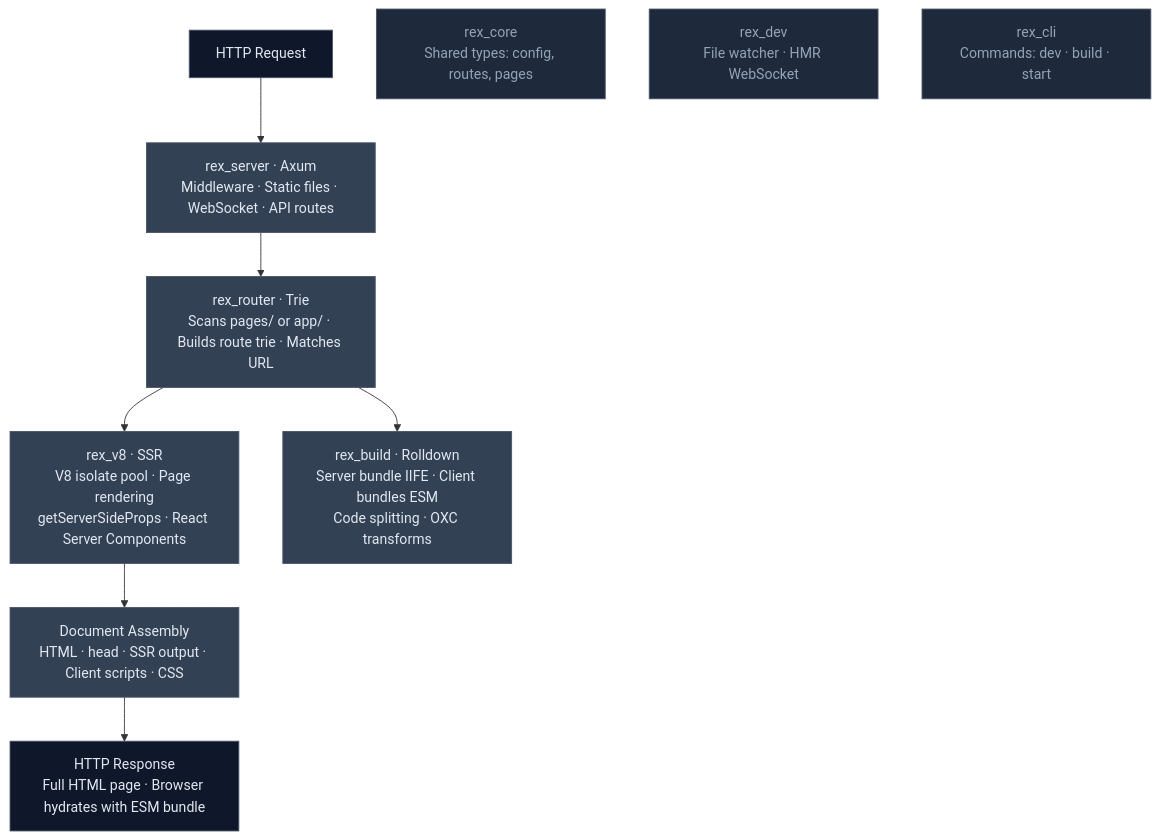
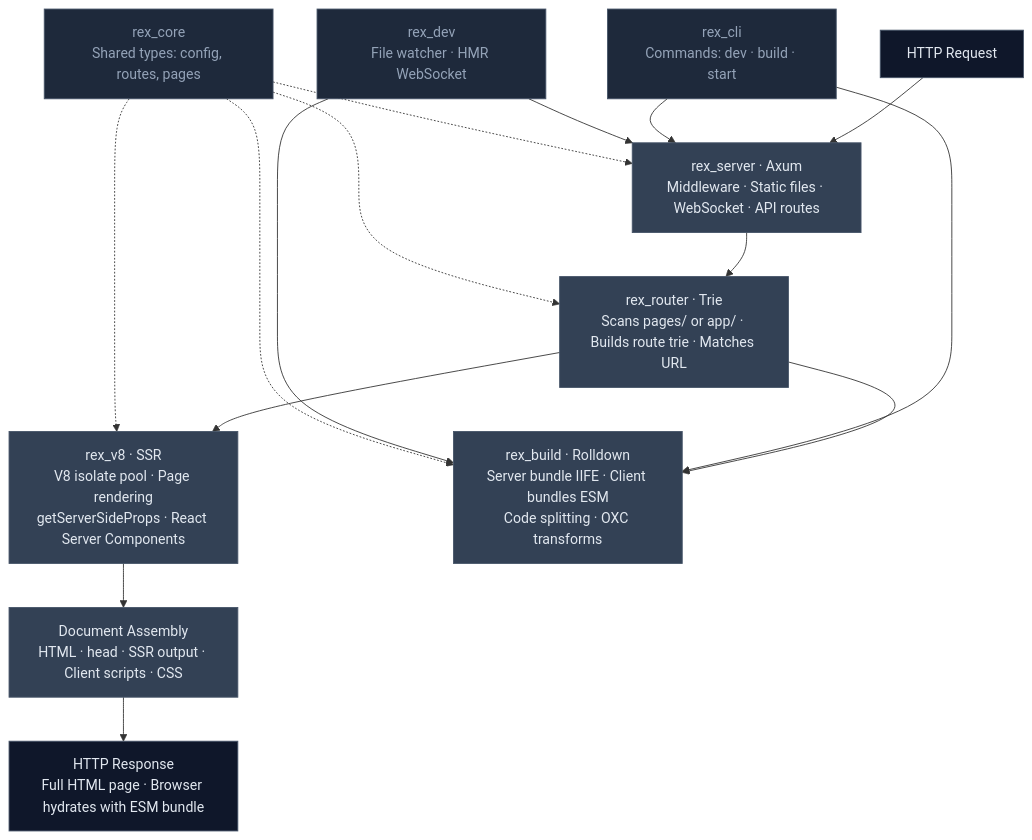
One commit to limlabs/rex changed the diagram in docs/app/architecture/page.mdx. Above: the diagram before and after it, drawn with Mermaid.

Commit message:
docs: connect floating nodes in architecture mermaid diagram
rex_core, rex_dev, and rex_cli were disconnected nodes. Connect them:
- rex_cli → rex_server, rex_build (solid arrows, direct usage)
- rex_dev → rex_build, rex_server (solid arrows, triggers rebuilds)
- rex_core -.-> all main crates (dotted lines, shared types)

````diff
--- a/docs/app/architecture/page.mdx
+++ b/docs/app/architecture/page.mdx
@@ -7,32 +7,37 @@
 ```mermaid
 graph TD
     A["HTTP Request"] --> B
 
     B["rex_server · Axum\nMiddleware · Static files · WebSocket · API routes"]
     B --> C
 
     C["rex_router · Trie\nScans pages/ or app/ · Builds route trie · Matches URL"]
     C --> D
     C --> E
 
     D["rex_v8 · SSR\nV8 isolate pool · Page rendering\ngetServerSideProps · React Server Components"]
     E["rex_build · Rolldown\nServer bundle IIFE · Client bundles ESM\nCode splitting · OXC transforms"]
 
     D --> F["Document Assembly\nHTML · head · SSR output · Client scripts · CSS"]
     F --> G["HTTP Response\nFull HTML page · Browser hydrates with ESM bundle"]
 
-    H["rex_core\nShared types: config, routes, pages"]
-    I["rex_dev\nFile watcher · HMR WebSocket"]
-    J["rex_cli\nCommands: dev · build · start"]
+    J["rex_cli\nCommands: dev · build · start"] --> B
+    J --> E
+    I["rex_dev\nFile watcher · HMR WebSocket"] --> E
+    I --> B
+    H["rex_core\nShared types: config, routes, pages"] -.-> B
+    H -.-> C
+    H -.-> D
+    H -.-> E
 
     style A fill:#0f172a,stroke:#475569,color:#e2e8f0
     style B fill:#334155,stroke:#475569,color:#e2e8f0
     style C fill:#334155,stroke:#475569,color:#e2e8f0
     style D fill:#334155,stroke:#475569,color:#e2e8f0
     style E fill:#334155,stroke:#475569,color:#e2e8f0
     style F fill:#334155,stroke:#475569,color:#e2e8f0
     style G fill:#0f172a,stroke:#475569,color:#e2e8f0
     style H fill:#1e293b,stroke:#475569,color:#94a3b8
     style I fill:#1e293b,stroke:#475569,color:#94a3b8
     style J fill:#1e293b,stroke:#475569,color:#94a3b8
 ```
````
